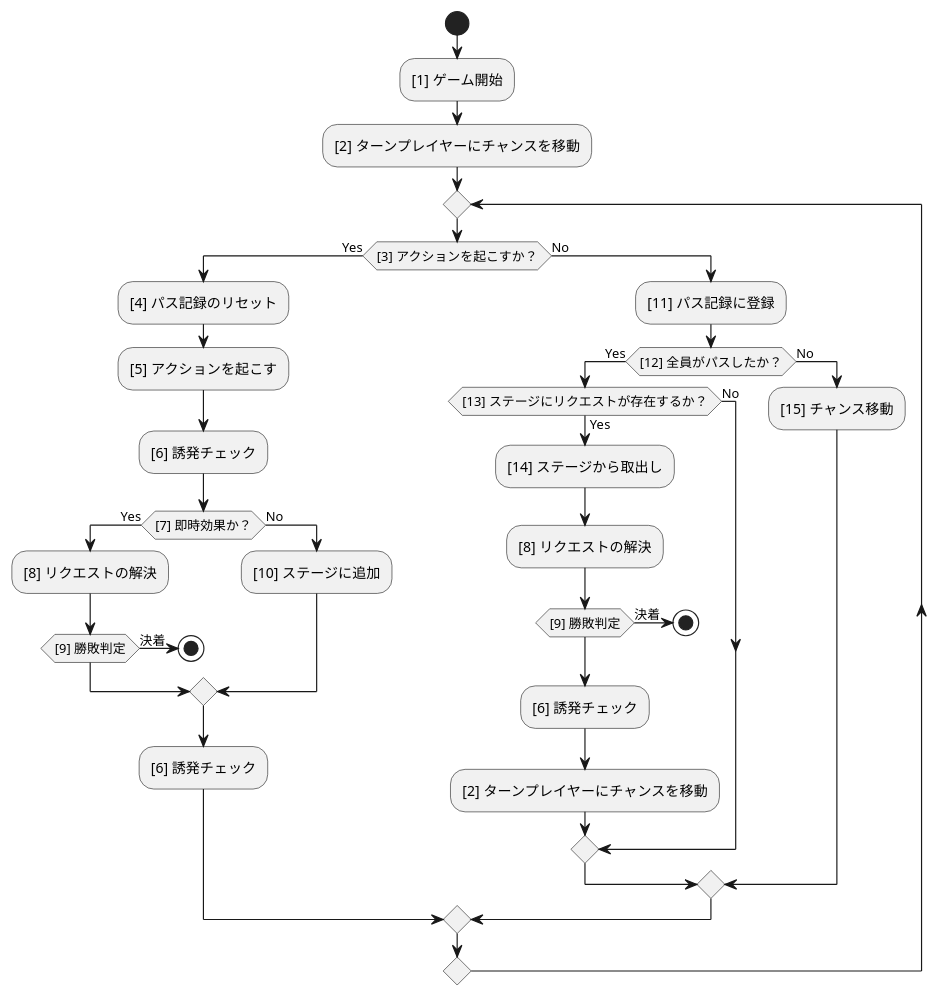
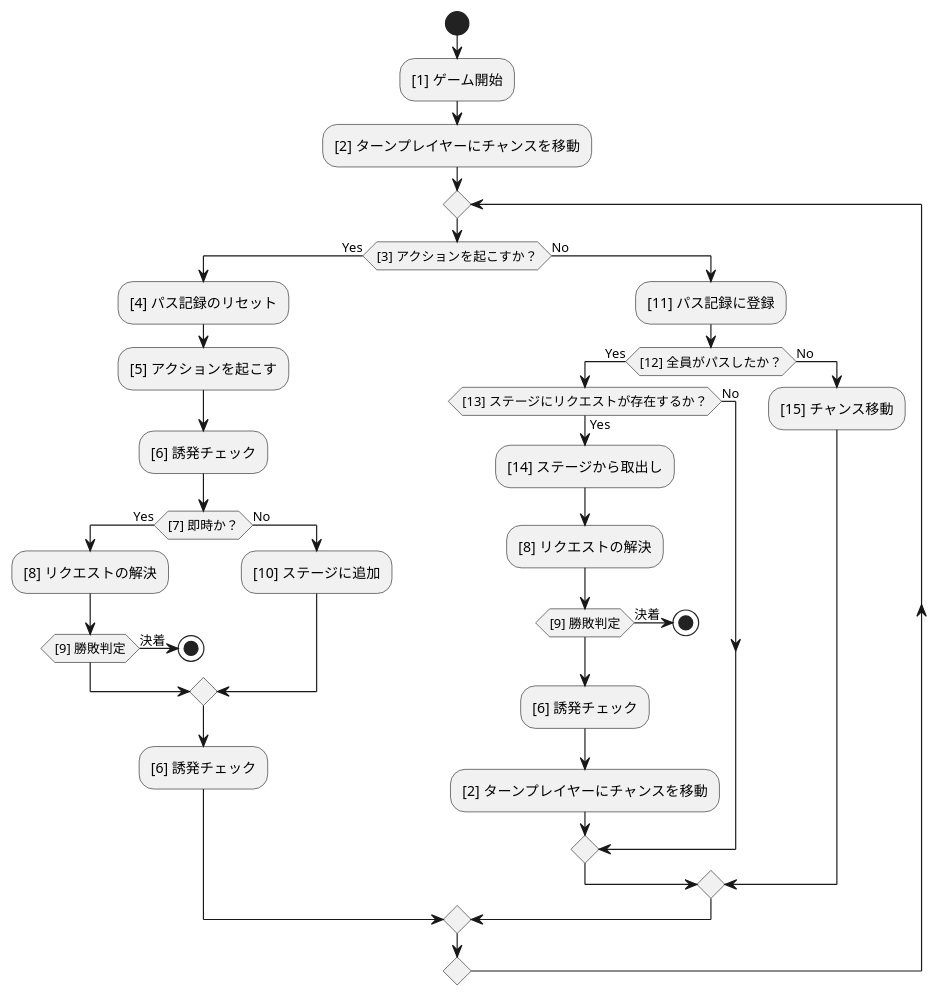
Before and after one commit to BlackPoker/BlackPoker: the diagram in source/core/coreflow.puml, drawn with PlantUML. The commit also changed 4 other files, not shown here.

```diff
--- a/source/core/coreflow.puml
+++ b/source/core/coreflow.puml
@@ -1,37 +1,37 @@
 @startuml
 start
 :[1] ゲーム開始;
 :[2] ターンプレイヤーにチャンスを移動;
 repeat
 if ([3] アクションを起こすか？) then (Yes)
     :[4] パス記録のリセット;
     :[5] アクションを起こす;
     :[6] 誘発チェック;
-    if ([7] 即時効果か？) then (Yes)
+    if ([7] 即時か？) then (Yes)
         :[8] リクエストの解決;
         if ([9] 勝敗判定) then (決着)
             stop
         endif
     else (No)
         :[10] ステージに追加;
     endif
     :[6] 誘発チェック;
 else (No)
     :[11] パス記録に登録;
     if ([12] 全員がパスしたか？) then (Yes)
         if ([13] ステージにリクエストが存在するか？) then (Yes)
             :[14] ステージから取出し;
             :[8] リクエストの解決;
             if ([9] 勝敗判定) then (決着)
                 stop
             endif
             :[6] 誘発チェック;
             :[2] ターンプレイヤーにチャンスを移動;
         else (No)
         endif
     else (No)
         :[15] チャンス移動;
     endif
 endif
 repeat while()
 @enduml
```
